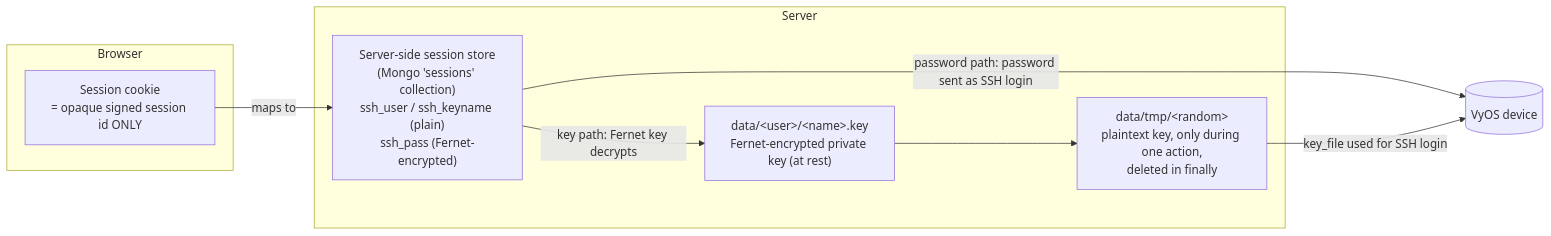
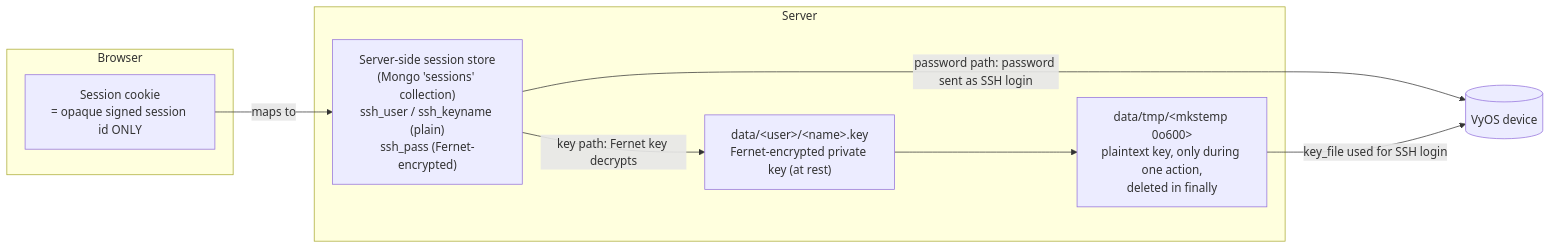
The fifth of 5 diagrams in docs/ssh-credential-handling.md (ibehren1/fw-gui), drawn with Mermaid before and after one commit. The commit also changed other lines of this file and 2 other files, not shown here.

First line of the commit message:
Stage decrypted SSH key securely (mkstemp 0o600 + reliable cleanup)

````diff
--- a/docs/ssh-credential-handling.md
+++ b/docs/ssh-credential-handling.md
@@ -248,18 +252,18 @@
 ```mermaid
 flowchart LR
     subgraph Browser
       Cookie["Session cookie<br/>= opaque signed session id ONLY"]
     end
     subgraph Server
       Sess["Server-side session store<br/>(Mongo 'sessions' collection)<br/>ssh_user / ssh_keyname (plain)<br/>ssh_pass (Fernet-encrypted)"]
       KeyFile["data/&lt;user&gt;/&lt;name&gt;.key<br/>Fernet-encrypted private key (at rest)"]
-      Tmp["data/tmp/&lt;random&gt;<br/>plaintext key, only during one action,<br/>deleted in finally"]
+      Tmp["data/tmp/&lt;mkstemp 0o600&gt;<br/>plaintext key, only during one action,<br/>deleted in finally"]
     end
     Device[("VyOS device")]
 
     Cookie -->|maps to| Sess
     Sess -->|password path: password sent as SSH login| Device
     Sess -->|key path: Fernet key decrypts| KeyFile
     KeyFile --> Tmp
     Tmp -->|key_file used for SSH login| Device
 ```
````
